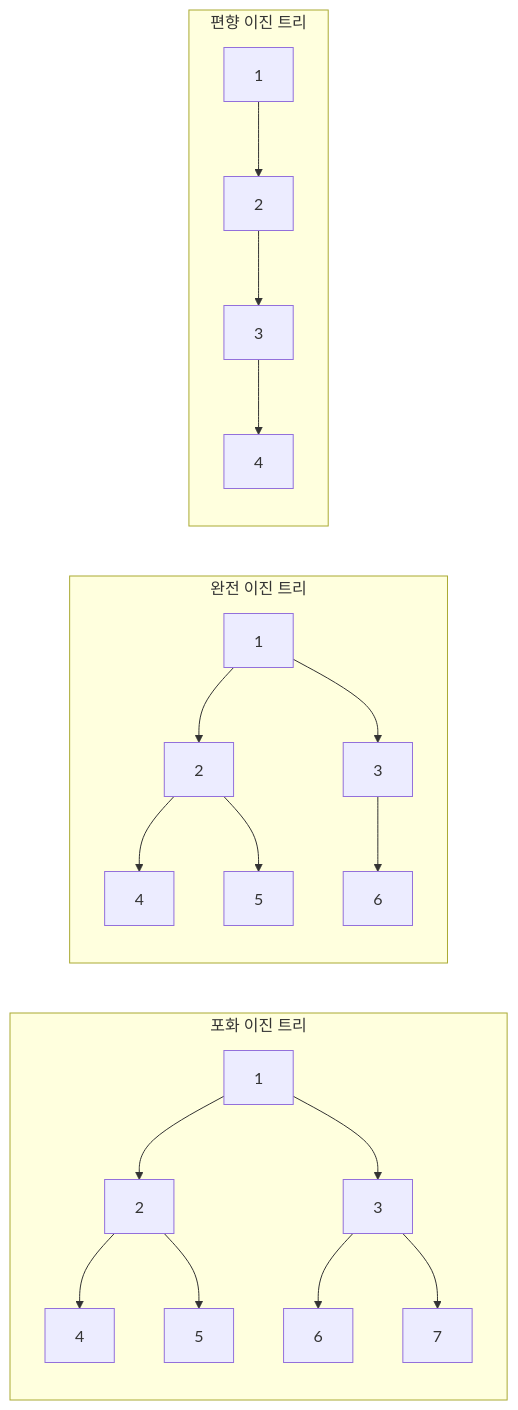
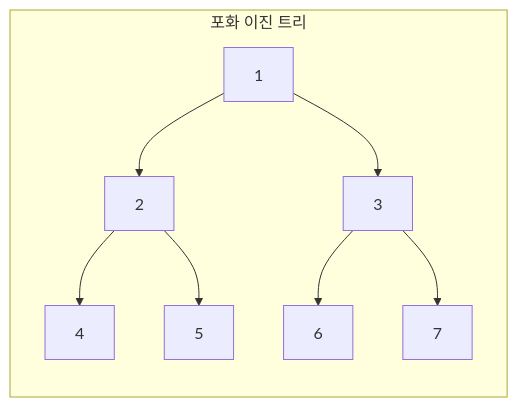
One commit to nugurejeil/weniVooks changed the second of 22 diagrams in _md/essentials-codingtest/chapter03/03-4.md. Above: the diagram before and after it, drawn with Mermaid. The commit also changed other lines of this file and 3 other files, not shown here.

````diff
--- a/_md/essentials-codingtest/chapter03/03-4.md
+++ b/_md/essentials-codingtest/chapter03/03-4.md
@@ -55,28 +57,12 @@
 ```mermaid
 graph LR
     subgraph "포화 이진 트리"
         direction TB
         A1["1"] --> A2["2"]
         A1 --> A3["3"]
         A2 --> A4["4"]
         A2 --> A5["5"]
         A3 --> A6["6"]
         A3 --> A7["7"]
     end
-
-    subgraph "완전 이진 트리"
-        direction TB
-        B1["1"] --> B2["2"]
-        B1 --> B3["3"]
-        B2 --> B4["4"]
-        B2 --> B5["5"]
-        B3 --> B6["6"]
-    end
-
-    subgraph "편향 이진 트리"
-        direction TB
-        C1["1"] --> C2["2"]
-        C2 --> C3["3"]
-        C3 --> C4["4"]
-    end
 ```
````
